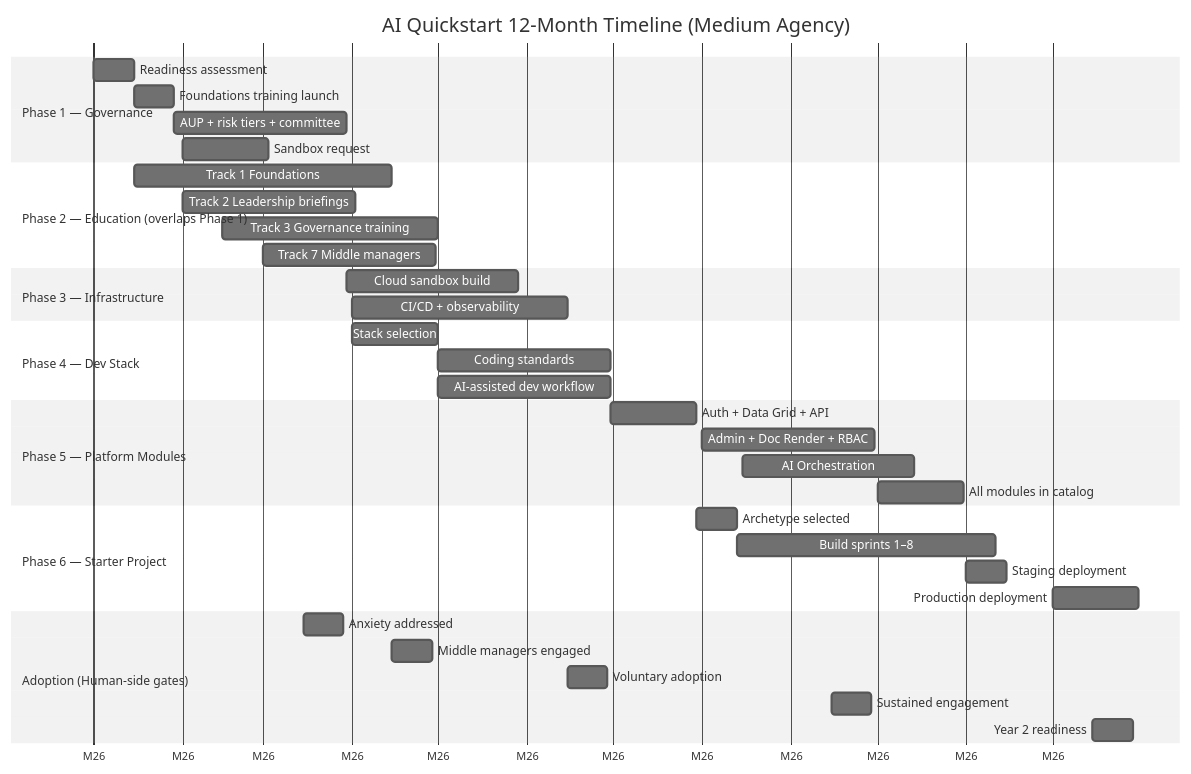
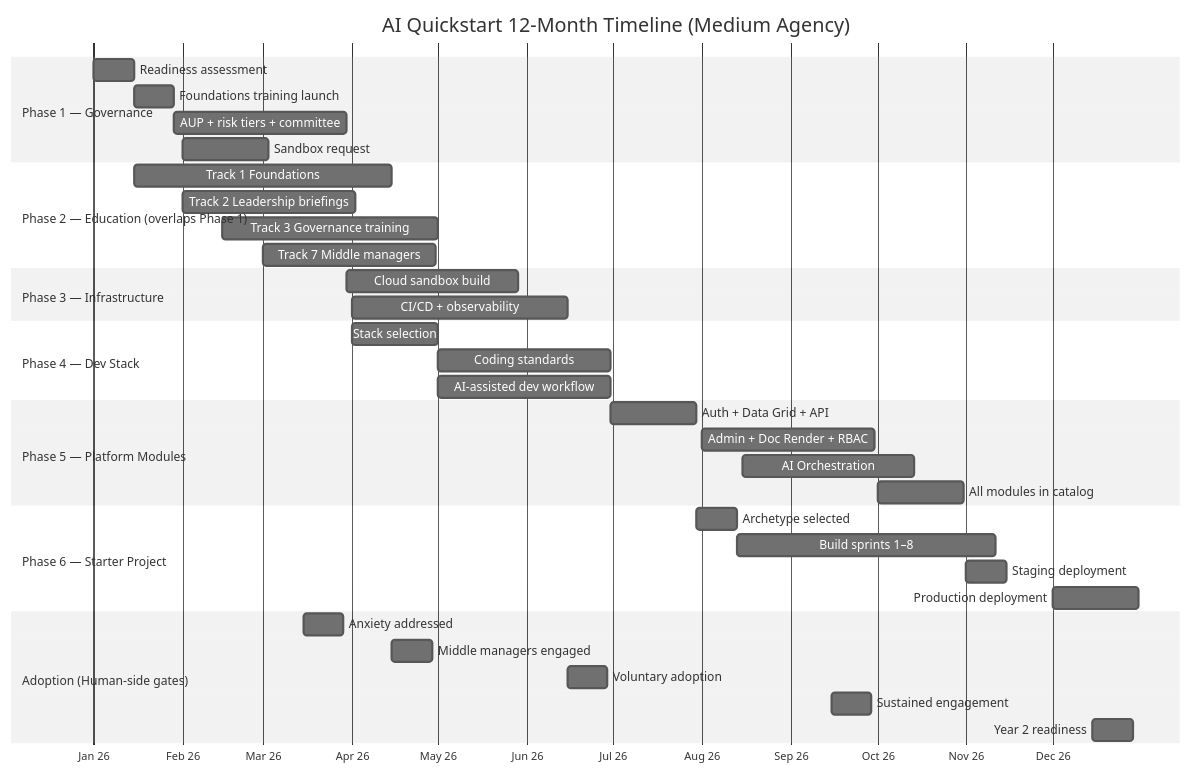
The diagram in src/content/docs/resources/gantt-and-dependencies.md (crypticpy/ai-quickstart-guide), drawn with Mermaid (neutral theme) before and after one commit. The commit also changed 2 other files, not shown here.

Commit message:
fix(resources): bump gantt legibility — axis format, font sizes, contrast
- astro.config.mjs: pass mermaidConfig with gantt sizing (barHeight 24,
  fontSize 14, sectionFontSize 15, leftPadding 170, numberSectionStyles 4).
- gantt-and-dependencies.md: replace invalid `axisFormat M%-y` with
  `%b %y`, set `tickInterval 1month`, drop the today-marker (the timeline
  is forward-looking; the marker rendered as a confusing vertical line).
- theme.css: add SVG text contrast rules for .titleText, .sectionTitle,
  .taskText, .grid .tick text — fill from --sl-color-text so it follows
  light/dark theme.

````diff
--- a/src/content/docs/resources/gantt-and-dependencies.md
+++ b/src/content/docs/resources/gantt-and-dependencies.md
@@ -101,46 +101,48 @@
 ```mermaid
 gantt
   title AI Quickstart 12-Month Timeline (Medium Agency)
   dateFormat  YYYY-MM-DD
-  axisFormat  M%-y
+  axisFormat  %b %y
+  tickInterval 1month
+  todayMarker off
 
   section Phase 1 — Governance
   Readiness assessment           :g01, 2026-01-01, 14d
   Foundations training launch    :g02, 2026-01-15, 14d
   AUP + risk tiers + committee   :g03, after g02, 60d
   Sandbox request                :g04, 2026-02-01, 30d
 
   section Phase 2 — Education (overlaps Phase 1)
   Track 1 Foundations            :2026-01-15, 90d
   Track 2 Leadership briefings   :2026-02-01, 60d
   Track 3 Governance training    :2026-02-15, 75d
   Track 7 Middle managers        :2026-03-01, 60d
 
   section Phase 3 — Infrastructure
   Cloud sandbox build            :g05, after g03, 60d
   CI/CD + observability          :2026-04-01, 75d
 
   section Phase 4 — Dev Stack
   Stack selection                :g07, 2026-04-01, 30d
   Coding standards               :g08, after g07, 60d
   AI-assisted dev workflow       :2026-05-01, 60d
 
   section Phase 5 — Platform Modules
   Auth + Data Grid + API         :g09, after g08, 30d
   Admin + Doc Render + RBAC      :2026-08-01, 60d
   AI Orchestration               :2026-08-15, 60d
   All modules in catalog         :g12, 2026-10-01, 30d
 
   section Phase 6 — Starter Project
   Archetype selected             :g10, after g09, 14d
   Build sprints 1–8              :after g10, 90d
   Staging deployment             :g13, 2026-11-01, 14d
   Production deployment          :g14, 2026-12-01, 30d
 
   section Adoption (Human-side gates)
   Anxiety addressed              :h01, 2026-03-15, 14d
   Middle managers engaged        :h02, 2026-04-15, 14d
   Voluntary adoption             :h03, 2026-06-15, 14d
   Sustained engagement           :h04, 2026-09-15, 14d
   Year 2 readiness               :h05, 2026-12-15, 14d
 ```
````
